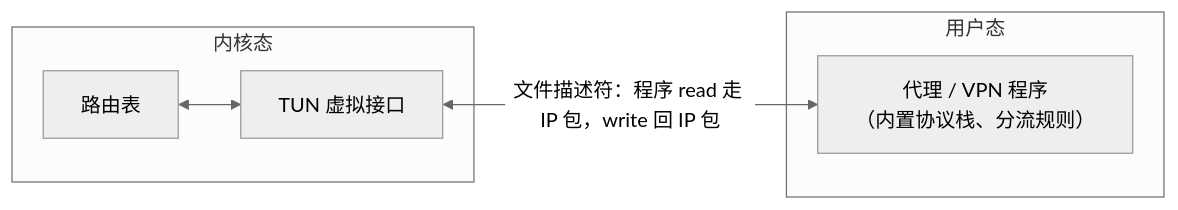
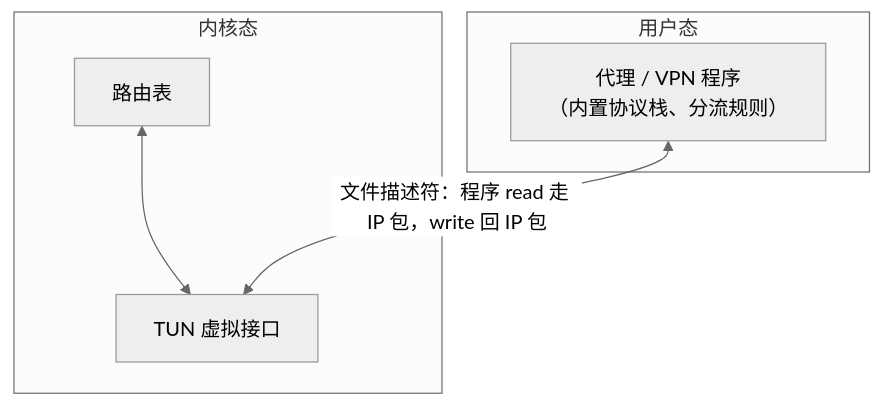
Before and after one commit to puppylpg/puppylpg.github.io: diagram 13 of 20 in _posts/2026-08-08-proxy-vs-vpn-principles.md, drawn with Mermaid (neutral theme). The commit also changed other lines of this file and 2 other files, not shown here.

First line of the commit message:
代理与 VPN 文章多轮修订 + archive-chat skill 重构 + AGENTS.md 图型选型

````diff
--- a/_posts/2026-08-08-proxy-vs-vpn-principles.md
+++ b/_posts/2026-08-08-proxy-vs-vpn-principles.md
@@ -333,10 +398,10 @@
 ```mermaid
-flowchart LR
+flowchart TD
+    subgraph U["用户态"]
+        P["代理 / VPN 程序<br>（内置协议栈、分流规则）"]
+    end
     subgraph K["内核态"]
         R["路由表"] <--> T["TUN 虚拟接口"]
     end
-    subgraph U["用户态"]
-        P["代理 / VPN 程序<br>（内置协议栈、分流规则）"]
-    end
-    T <-->|"文件描述符：程序 read 走 IP 包，write 回 IP 包"| P
+    P <-->|"文件描述符：程序 read 走 IP 包，write 回 IP 包"| T
 ```
````
